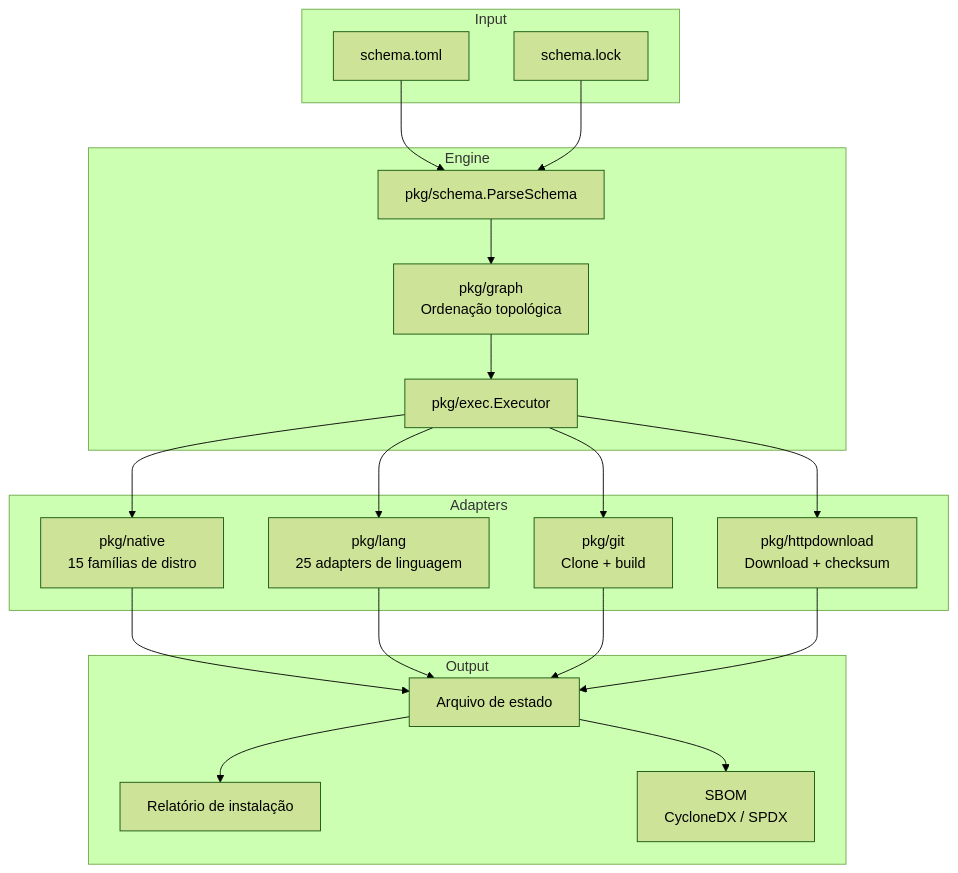
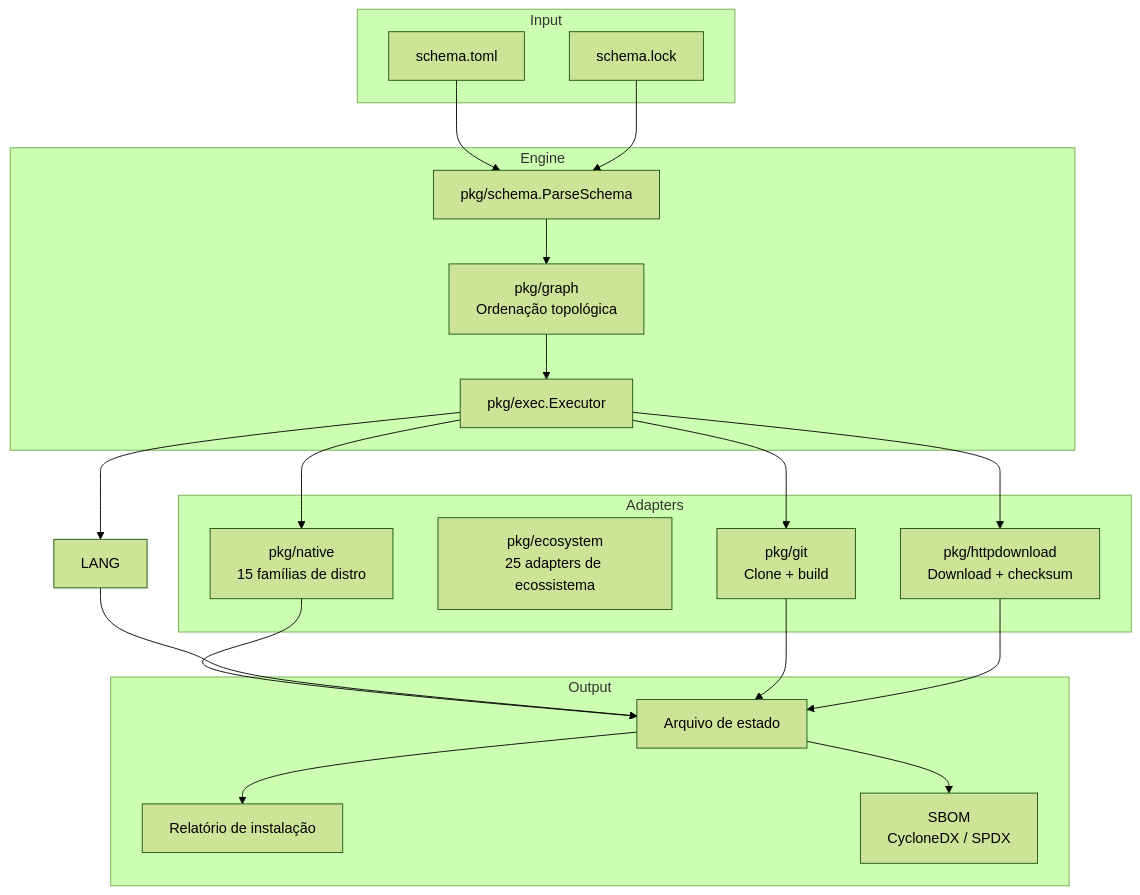
One commit to Khorea1/depengine changed the second of 3 diagrams in README-pt.md. Above: the diagram before and after it, drawn with Mermaid (forest theme). The commit also changed other lines of this file and 21 other files, not shown here.

First line of the commit message:
refactor: rename pkg/lang to pkg/ecosystem

````diff
--- a/README-pt.md
+++ b/README-pt.md
@@ -625,41 +625,41 @@
 ```mermaid
 flowchart TB
     subgraph Input
         SCHEMA[schema.toml]
         LOCK[schema.lock]
     end
 
     subgraph Engine
         PARSER[pkg/schema.ParseSchema]
         GRAPH[pkg/graph\nOrdenação topológica]
         EXEC[pkg/exec.Executor]
     end
 
     subgraph Adapters
         NATIVE[pkg/native\n15 famílias de distro]
-        LANG[pkg/lang\n25 adapters de linguagem]
+        ECOSYSTEM[pkg/ecosystem\n25 adapters de ecossistema]
         GIT[pkg/git\nClone + build]
         HTTP[pkg/httpdownload\nDownload + checksum]
     end
 
     subgraph Output
         STATE[Arquivo de estado]
         REPORT[Relatório de instalação]
         SBOM[SBOM\nCycloneDX / SPDX]
     end
 
     SCHEMA --> PARSER
     LOCK --> PARSER
     PARSER --> GRAPH
     GRAPH --> EXEC
     EXEC --> NATIVE
     EXEC --> LANG
     EXEC --> GIT
     EXEC --> HTTP
     NATIVE --> STATE
     LANG --> STATE
     GIT --> STATE
     HTTP --> STATE
     STATE --> REPORT
     STATE --> SBOM
 ```
````
